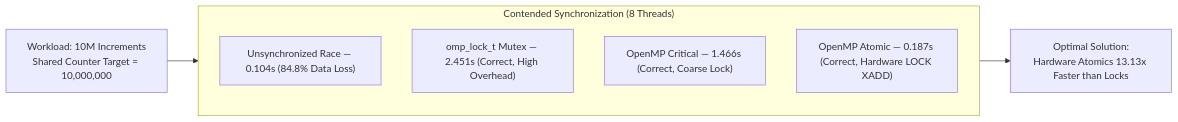
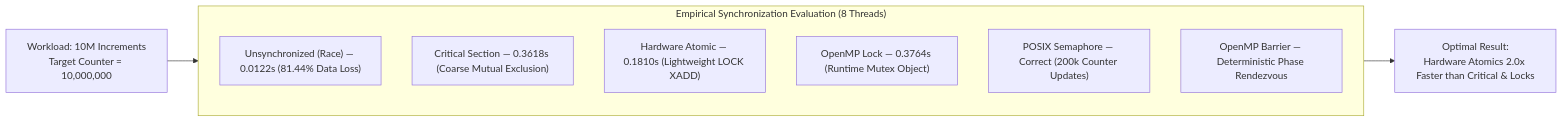
One commit to Janaki1711/PGC_Lab changed the diagram in Lab_Experiment_3/README.md. Above: the diagram before and after it, drawn with Mermaid. The commit also changed other lines of this file and 23 other files, not shown here.

Commit message:
Update Experiment 3 with authentic laboratory manual exp_3.pdf, terminal screenshots, and empirical benchmark data

````diff
--- a/Lab_Experiment_3/README.md
+++ b/Lab_Experiment_3/README.md
@@ -14,12 +14,14 @@
 ```mermaid
 flowchart LR
-    Input["Workload: 10M Increments<br/>Shared Counter Target = 10,000,000"] --> Benchmark
-    subgraph Benchmark ["Contended Synchronization (8 Threads)"]
+    Input["Workload: 10M Increments<br/>Target Counter = 10,000,000"] --> Benchmark
+    subgraph Benchmark ["Empirical Synchronization Evaluation (8 Threads)"]
         direction TB
-        M1["Unsynchronized Race — 0.104s (84.8% Data Loss)"]
-        M2["omp_lock_t Mutex — 2.451s (Correct, High Overhead)"]
-        M3["OpenMP Critical — 1.466s (Correct, Coarse Lock)"]
-        M4["OpenMP Atomic — 0.187s (Correct, Hardware LOCK XADD)"]
+        M1["Unsynchronized (Race) — 0.0122s (81.44% Data Loss)"]
+        M2["Critical Section — 0.3618s (Coarse Mutual Exclusion)"]
+        M3["Hardware Atomic — 0.1810s (Lightweight LOCK XADD)"]
+        M4["OpenMP Lock — 0.3764s (Runtime Mutex Object)"]
+        M5["POSIX Semaphore — Correct (200k Counter Updates)"]
+        M6["OpenMP Barrier — Deterministic Phase Rendezvous"]
     end
-    Benchmark --> Output["Optimal Solution:<br/>Hardware Atomics 13.13x Faster than Locks"]
+    Benchmark --> Output["Optimal Result:<br/>Hardware Atomics 2.0x Faster than Critical & Locks"]
 ```
````
